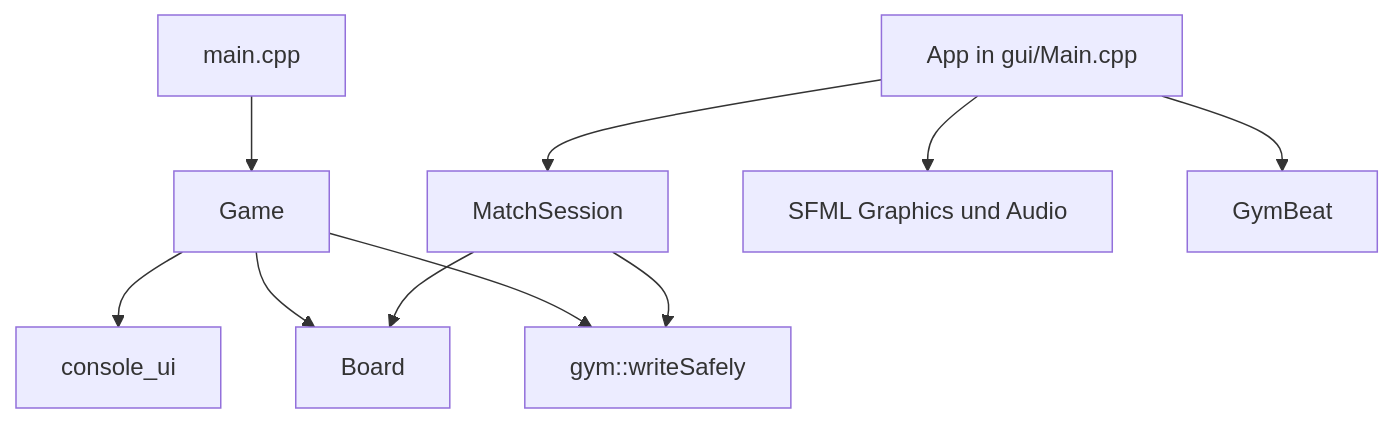
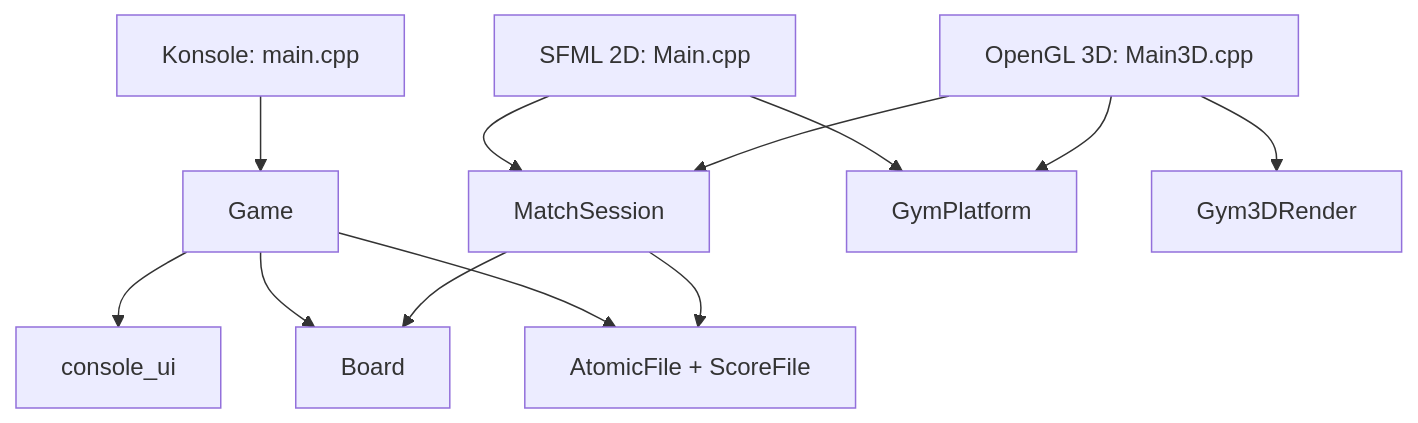
One commit to Julik527/vier-gewinnt-gym-edition-cpp changed the diagram in docs/ARCHITECTURE.md. Above: the diagram before and after it, drawn with Mermaid. The commit also changed other lines of this file and 35 other files, not shown here.

First line of the commit message:
docs: unify presentations, documentation and GUI architecture

````diff
--- a/docs/ARCHITECTURE.md
+++ b/docs/ARCHITECTURE.md
@@ -15,12 +18,14 @@
 ```mermaid
 flowchart TD
-    C["main.cpp"] --> G["Game"]
+    C["Konsole: main.cpp"] --> G["Game"]
     G --> U["console_ui"]
     G --> B["Board"]
-    A["App in gui/Main.cpp"] --> M["MatchSession"]
+    A["SFML 2D: Main.cpp"] --> M["MatchSession"]
+    D["OpenGL 3D: Main3D.cpp"] --> M
     M --> B
-    A --> S["SFML Graphics und Audio"]
-    A --> H["GymBeat"]
-    G --> F["gym::writeSafely"]
+    A --> P["GymPlatform"]
+    D --> P
+    D --> R["Gym3DRender"]
+    G --> F["AtomicFile + ScoreFile"]
     M --> F
 ```
````
